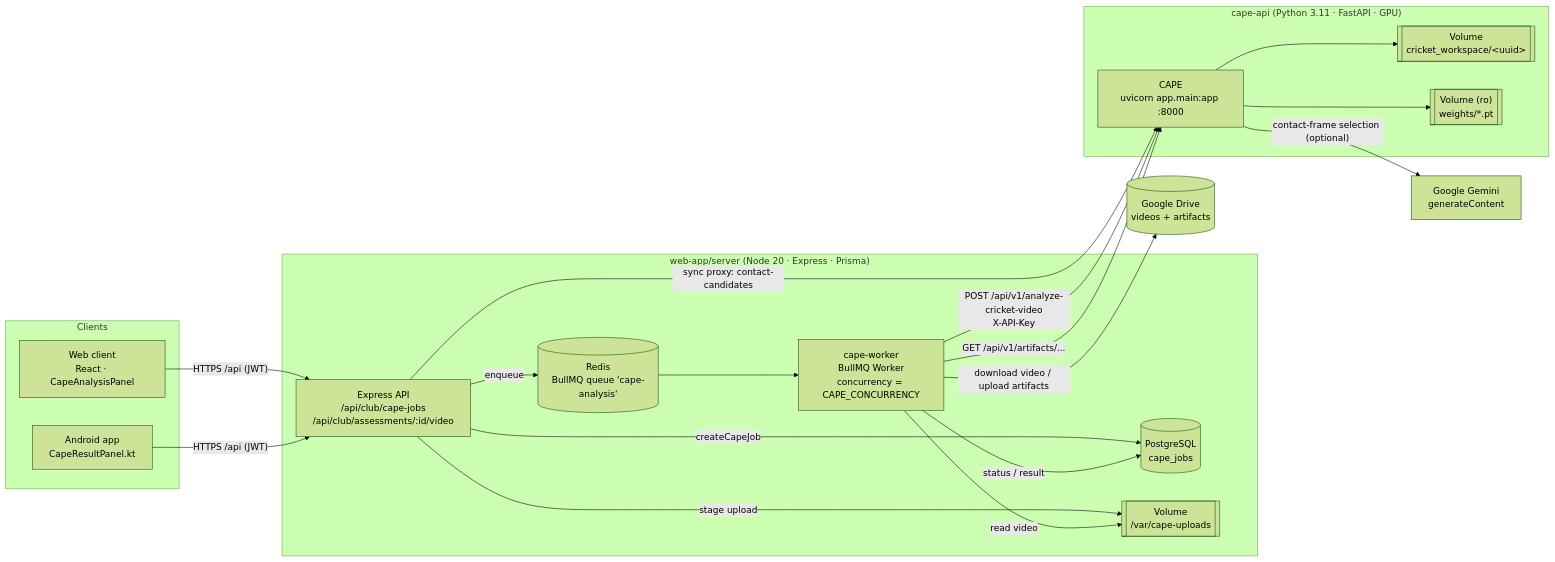
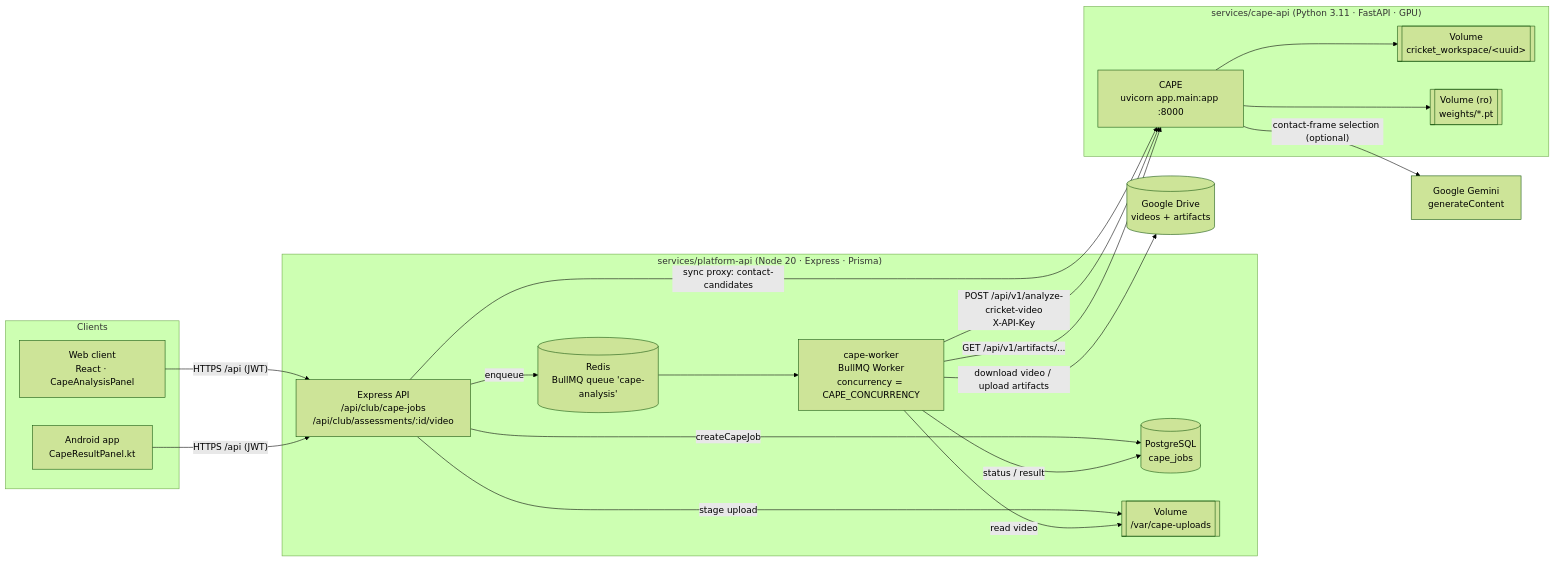
Before and after one commit to shahanur/eCricketCoach: the first of 11 diagrams in docs/cape-api-architecture.md, drawn with Mermaid (forest theme). The commit also changed other lines of this file and 245 other files, not shown here.

````diff
--- a/docs/cape-api-architecture.md
+++ b/docs/cape-api-architecture.md
@@ -18,40 +18,40 @@
 ```mermaid
 flowchart LR
     subgraph Clients
         WEB["Web client<br/>React · CapeAnalysisPanel"]
         MOB["Android app<br/>CapeResultPanel.kt"]
     end
 
-    subgraph NodeTier["web-app/server (Node 20 · Express · Prisma)"]
+    subgraph NodeTier["services/platform-api (Node 20 · Express · Prisma)"]
         API["Express API<br/>/api/club/cape-jobs<br/>/api/club/assessments/:id/video"]
         Q[("Redis<br/>BullMQ queue 'cape-analysis'")]
         W["cape-worker<br/>BullMQ Worker<br/>concurrency = CAPE_CONCURRENCY"]
         PG[("PostgreSQL<br/>cape_jobs")]
         UP[["Volume<br/>/var/cape-uploads"]]
     end
 
-    subgraph CapeTier["cape-api (Python 3.11 · FastAPI · GPU)"]
+    subgraph CapeTier["services/cape-api (Python 3.11 · FastAPI · GPU)"]
         CAPE["CAPE<br/>uvicorn app.main:app :8000"]
         WS[["Volume<br/>cricket_workspace/&lt;uuid&gt;"]]
         WT[["Volume (ro)<br/>weights/*.pt"]]
     end
 
     GD[("Google Drive<br/>videos + artifacts")]
     GEM["Google Gemini<br/>generateContent"]
 
     WEB -- "HTTPS /api (JWT)" --> API
     MOB -- "HTTPS /api (JWT)" --> API
     API -- "createCapeJob" --> PG
     API -- "enqueue" --> Q
     API -- "stage upload" --> UP
     API -- "sync proxy: contact-candidates" --> CAPE
     Q --> W
     W -- "status / result" --> PG
     W -- "read video" --> UP
     W -- "download video / upload artifacts" --> GD
     W -- "POST /api/v1/analyze-cricket-video<br/>X-API-Key" --> CAPE
     W -- "GET /api/v1/artifacts/..." --> CAPE
     CAPE --> WS
     CAPE --> WT
     CAPE -- "contact-frame selection (optional)" --> GEM
 ```
````
